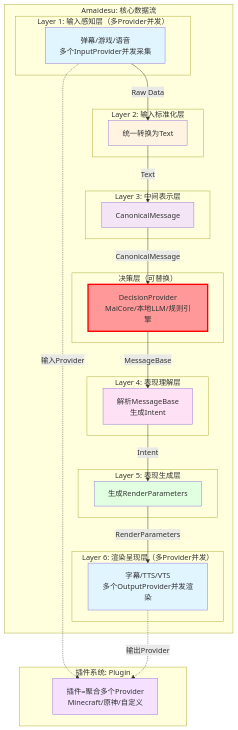
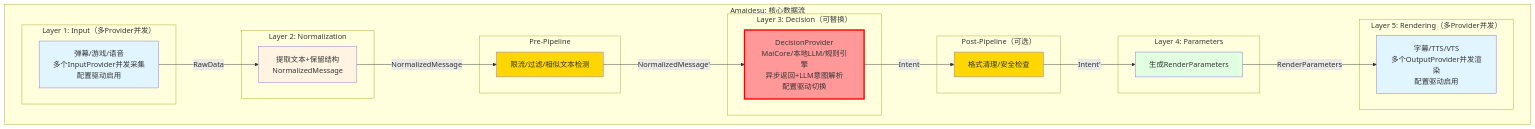
The diagram in refactor/design/layer_refactoring.md (Mai-with-u/Amaidesu), drawn with Mermaid before and after one commit. The commit also changed other lines of this file and 471 other files, not shown here.

````diff
--- a/refactor/design/layer_refactoring.md
+++ b/refactor/design/layer_refactoring.md
@@ -30,55 +30,47 @@
 ```mermaid
 graph TB
     subgraph "Amaidesu: 核心数据流"
-        subgraph "Layer 1: 输入感知层（多Provider并发）"
-            Perception[弹幕/游戏/语音<br/>多个InputProvider并发采集]
+        subgraph "Layer 1: Input（多Provider并发）"
+            InputLayer[弹幕/游戏/语音<br/>多个InputProvider并发采集<br/>配置驱动启用]
         end
 
-        subgraph "Layer 2: 输入标准化层"
-            Normalization[统一转换为Text]
+        subgraph "Layer 2: Normalization"
+            Normalization[提取文本+保留结构<br/>NormalizedMessage]
         end
 
-        subgraph "Layer 3: 中间表示层"
-            Canonical[CanonicalMessage]
+        subgraph "Pre-Pipeline"
+            PrePipeline[限流/过滤/相似文本检测]
         end
 
-        subgraph "决策层（可替换）"
-            DecisionLayer[DecisionProvider<br/>MaiCore/本地LLM/规则引擎]
+        subgraph "Layer 3: Decision（可替换）"
+            DecisionLayer[DecisionProvider<br/>MaiCore/本地LLM/规则引擎<br/>异步返回+LLM意图解析<br/>配置驱动切换]
         end
 
-        subgraph "Layer 4: 表现理解层"
-            Understanding[解析MessageBase<br/>生成Intent]
+        subgraph "Post-Pipeline（可选）"
+            PostPipeline[格式清理/安全检查]
         end
 
-        subgraph "Layer 5: 表现生成层"
-            Expression[生成RenderParameters]
+        subgraph "Layer 4: Parameters"
+            ParametersLayer[生成RenderParameters]
         end
 
-        subgraph "Layer 6: 渲染呈现层（多Provider并发）"
-            Rendering[字幕/TTS/VTS<br/>多个OutputProvider并发渲染]
+        subgraph "Layer 5: Rendering（多Provider并发）"
+            Rendering[字幕/TTS/VTS<br/>多个OutputProvider并发渲染<br/>配置驱动启用]
         end
     end
 
-    subgraph "插件系统: Plugin"
-        Plugins[插件=聚合多个Provider<br/>Minecraft/原神/自定义]
-    end
+    InputLayer -->|"RawData"| Normalization
+    Normalization -->|"NormalizedMessage"| PrePipeline
+    PrePipeline -->|"NormalizedMessage'"| DecisionLayer
+    DecisionLayer -->|"Intent"| PostPipeline
+    PostPipeline -->|"Intent'"| ParametersLayer
+    ParametersLayer -->|"RenderParameters"| Rendering
 
-    Perception -->|"Raw Data"| Normalization
-    Normalization -->|"Text"| Canonical
-    Canonical -->|"CanonicalMessage"| DecisionLayer
-    DecisionLayer -->|"MessageBase"| Understanding
-    Understanding -->|"Intent"| Expression
-    Expression -->|"RenderParameters"| Rendering
-
-    Perception -.输入Provider.-> Plugins
-    Rendering -.输出Provider.-> Plugins
-
-    style Perception fill:#e1f5ff
+    style InputLayer fill:#e1f5ff
     style Normalization fill:#fff4e1
-    style Canonical fill:#f3e5f5
+    style PrePipeline fill:#ffd700
     style DecisionLayer fill:#ff9999,stroke:#ff0000,stroke-width:3px
-    style Understanding fill:#ffe1f5
-    style Expression fill:#e1ffe1
+    style PostPipeline fill:#ffd700
+    style ParametersLayer fill:#e1ffe1
     style Rendering fill:#e1f5ff
-    style Plugins fill:#f5e1ff
 ```
````
